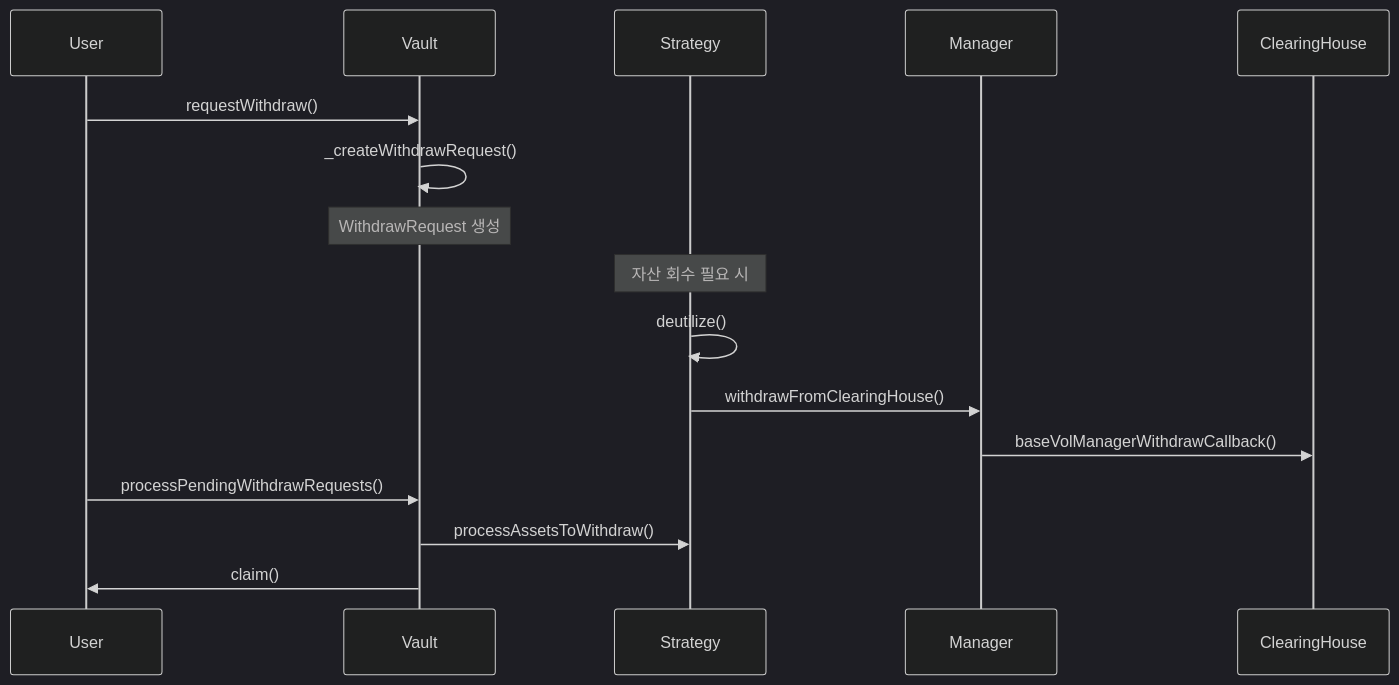
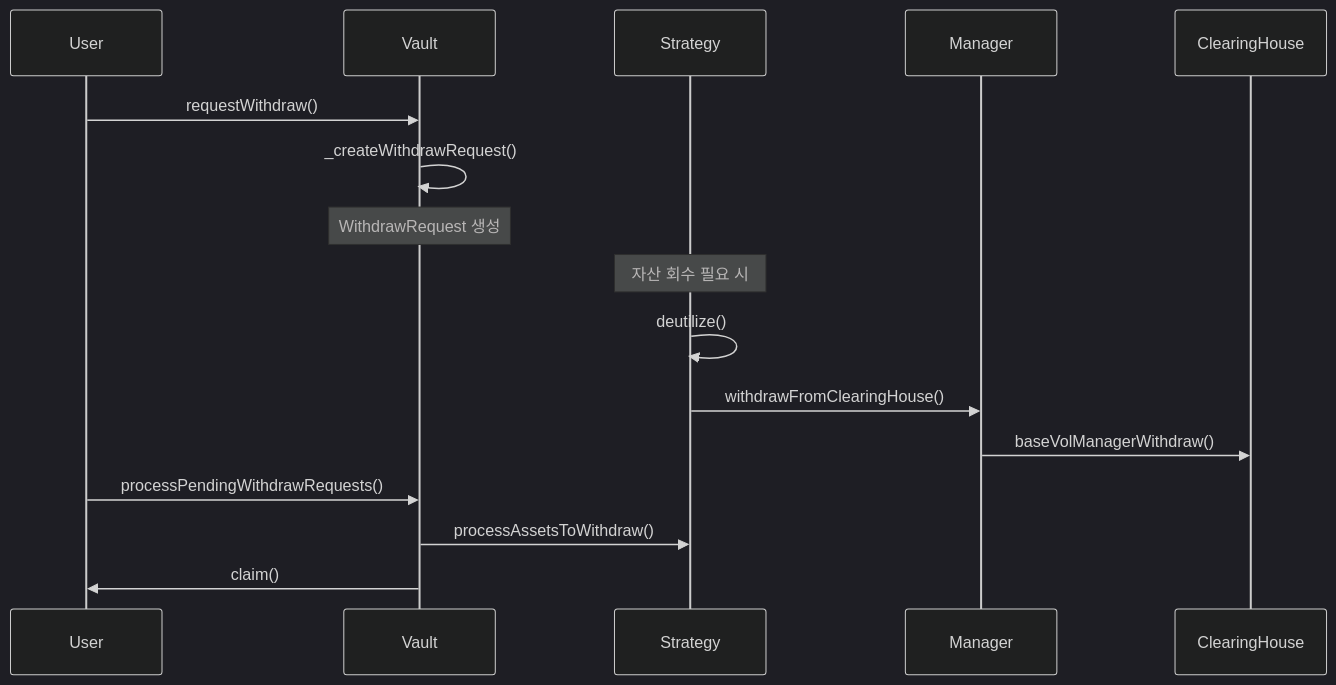
Before and after one commit to stvol-official/basevol-contract: the fifth of 7 diagrams in contracts/core/vault/genesisvault.md, drawn with Mermaid (dark theme). The commit also changed other lines of this file and 8 other files, not shown here.

````diff
--- a/contracts/core/vault/genesisvault.md
+++ b/contracts/core/vault/genesisvault.md
@@ -202,21 +202,21 @@
 ```mermaid
 sequenceDiagram
     participant User
     participant Vault
     participant Strategy
     participant Manager
     participant ClearingHouse
 
     User->>Vault: requestWithdraw()
     Vault->>Vault: _createWithdrawRequest()
     Note over Vault: WithdrawRequest 생성
 
     Note over Strategy: 자산 회수 필요 시
     Strategy->>Strategy: deutilize()
     Strategy->>Manager: withdrawFromClearingHouse()
-    Manager->>ClearingHouse: baseVolManagerWithdrawCallback()
+    Manager->>ClearingHouse: baseVolManagerWithdraw()
 
     User->>Vault: processPendingWithdrawRequests()
     Vault->>Strategy: processAssetsToWithdraw()
     Vault->>User: claim()
 ```
````
